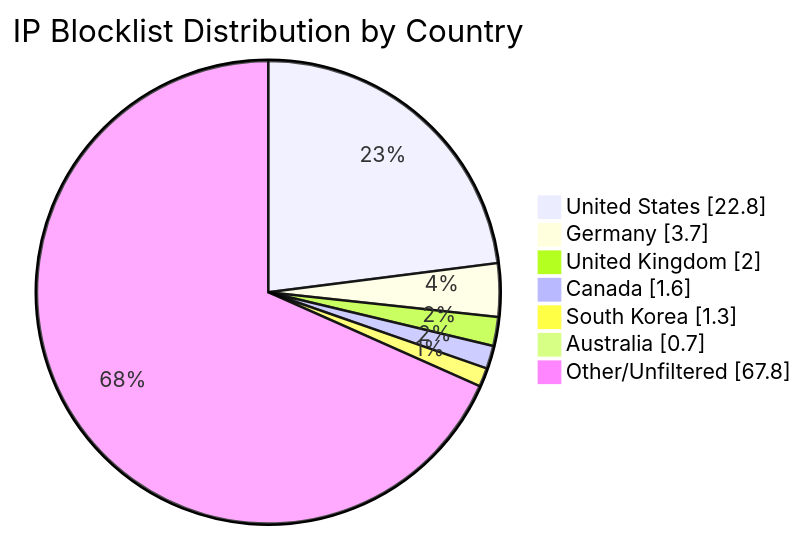
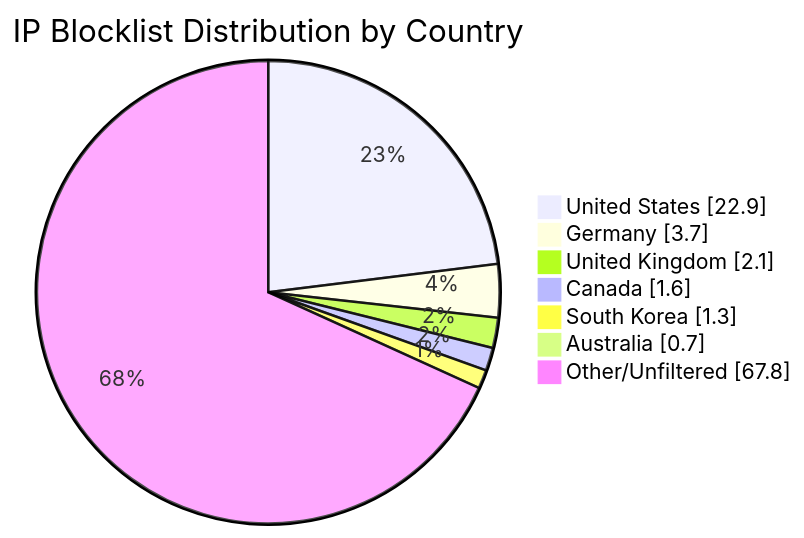
The diagram in README.md (MarcusHoltz/ipblocklist-geofiltered-aggregator), drawn with Mermaid before and after one commit. The commit also changed other lines of this file and 9 other files, not shown here.

````diff
--- a/README.md
+++ b/README.md
@@ -34,10 +34,10 @@
 ```mermaid
 pie showData title IP Blocklist Distribution by Country
-"United States" : 22.8
+"United States" : 22.9
 "Germany" : 3.7
-"United Kingdom" : 2.0
+"United Kingdom" : 2.1
 "Canada" : 1.6
 "South Korea" : 1.3
 "Australia" : 0.7
 "Other/Unfiltered" : 67.8
 ```
````
